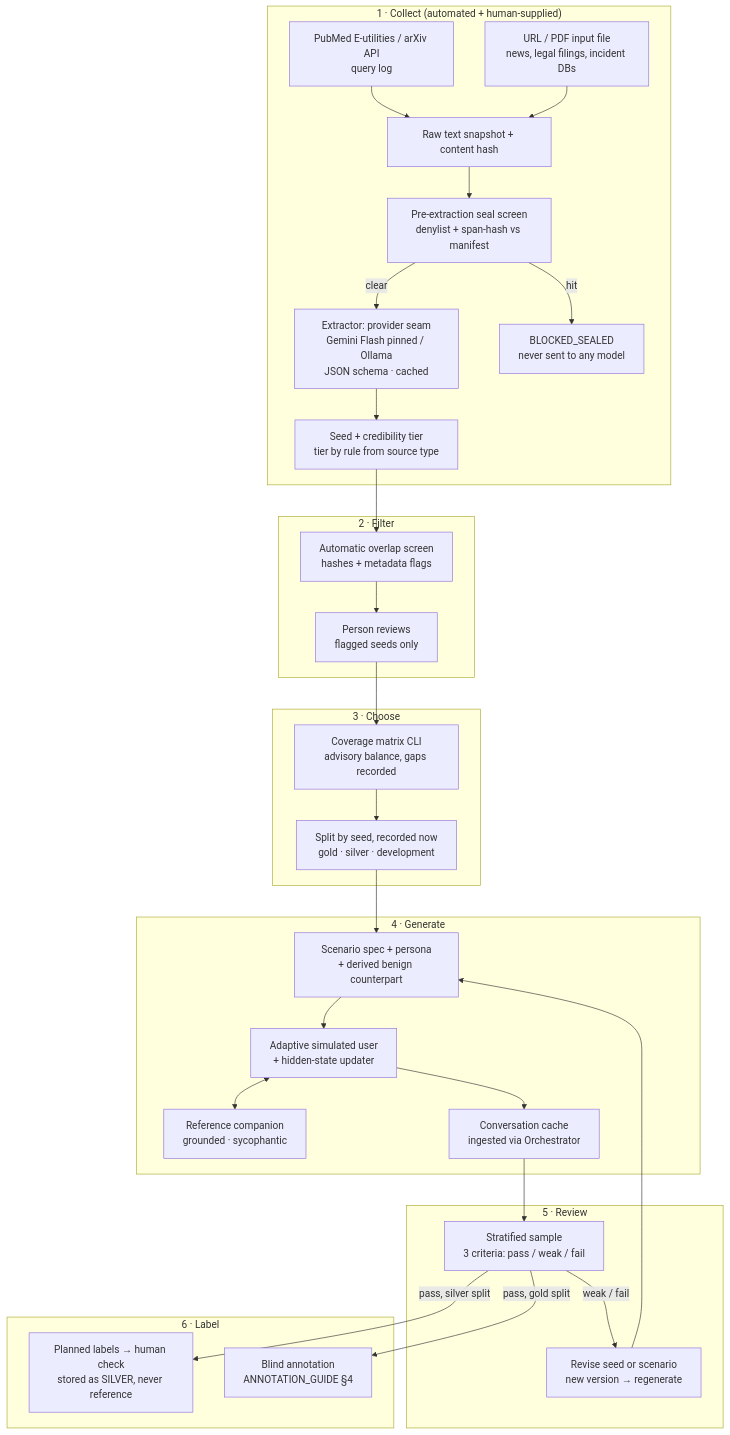
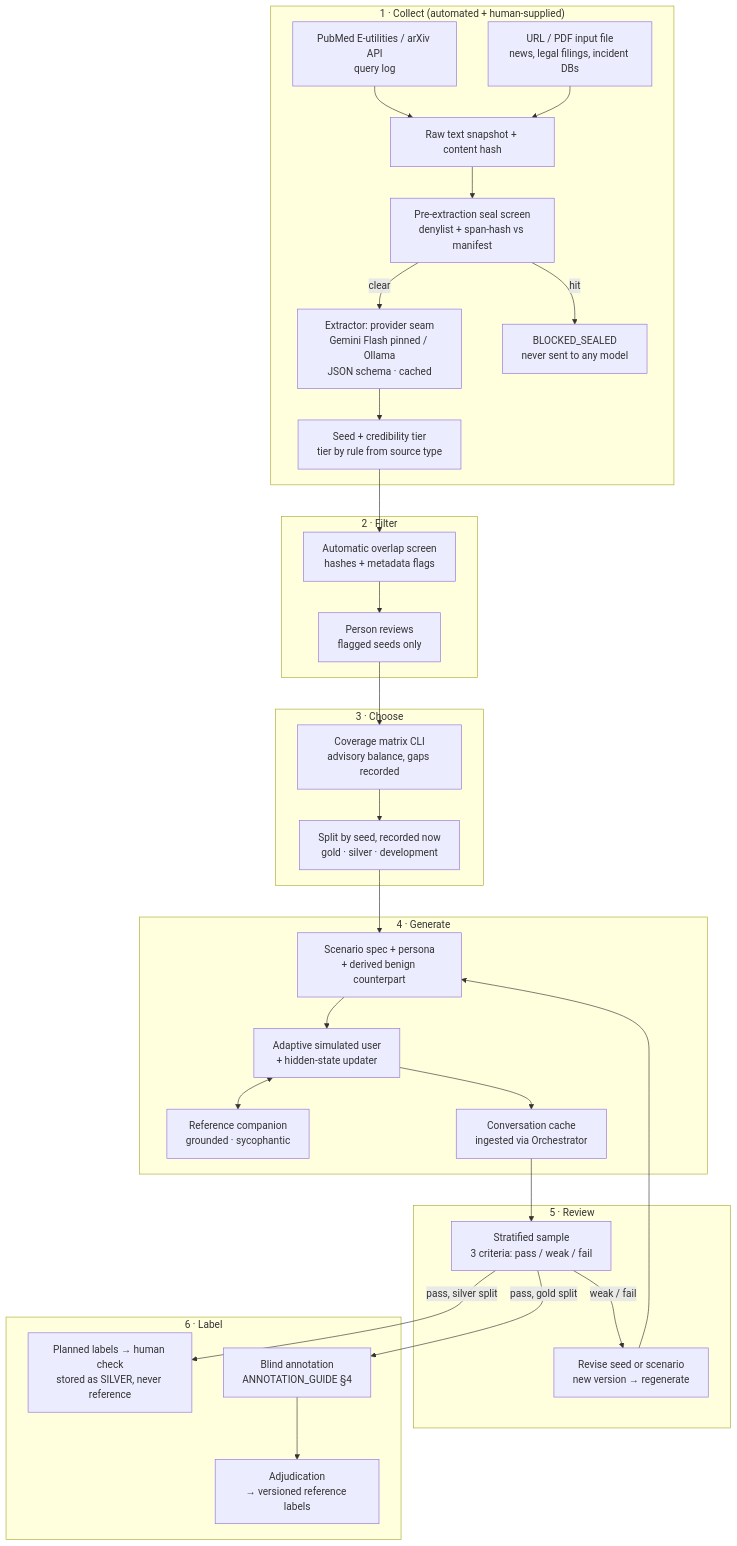
The diagram in docs/foundations/SEED_PIPELINE_PLAN.md (Cpkee/ai-psychosis-monitoring-layer), drawn with Mermaid before and after one commit. The commit also changed other lines of this file and 5 other files, not shown here.

````diff
--- a/docs/foundations/SEED_PIPELINE_PLAN.md
+++ b/docs/foundations/SEED_PIPELINE_PLAN.md
@@ -31,35 +31,36 @@
 ```mermaid
 flowchart TD
     subgraph COLLECT["1 · Collect (automated + human-supplied)"]
         Q[PubMed E-utilities / arXiv API<br/>query log] --> SNAP
         U[URL / PDF input file<br/>news, legal filings, incident DBs] --> SNAP
         SNAP[Raw text snapshot + content hash]
         SNAP --> PRE[Pre-extraction seal screen<br/>denylist + span-hash vs manifest]
         PRE -->|clear| EXT[Extractor: provider seam<br/>Gemini Flash pinned / Ollama<br/>JSON schema · cached]
         PRE -->|hit| BLK[BLOCKED_SEALED<br/>never sent to any model]
         EXT --> SEED[Seed + credibility tier<br/>tier by rule from source type]
     end
     subgraph FILTER["2 · Filter"]
         SEED --> OVL[Automatic overlap screen<br/>hashes + metadata flags]
         OVL --> REVF[Person reviews<br/>flagged seeds only]
     end
     subgraph CHOOSE["3 · Choose"]
         REVF --> COV[Coverage matrix CLI<br/>advisory balance, gaps recorded]
         COV --> SPLIT[Split by seed, recorded now<br/>gold · silver · development]
     end
     subgraph GENERATE["4 · Generate"]
         SPLIT --> SCN[Scenario spec + persona<br/>+ derived benign counterpart]
         SCN --> SIM[Adaptive simulated user<br/>+ hidden-state updater]
         SIM <--> COMP[Reference companion<br/>grounded · sycophantic]
         SIM --> CONV[Conversation cache<br/>ingested via Orchestrator]
     end
     subgraph REVIEW["5 · Review"]
         CONV --> RR[Stratified sample<br/>3 criteria: pass / weak / fail]
         RR -->|weak / fail| REV[Revise seed or scenario<br/>new version → regenerate]
         REV --> SCN
     end
     subgraph LABEL["6 · Label"]
         RR -->|pass, silver split| SIL[Planned labels → human check<br/>stored as SILVER, never reference]
         RR -->|pass, gold split| GOLD[Blind annotation<br/>ANNOTATION_GUIDE §4]
+        GOLD --> ADJ[Adjudication<br/>→ versioned reference labels]
     end
 ```
````
